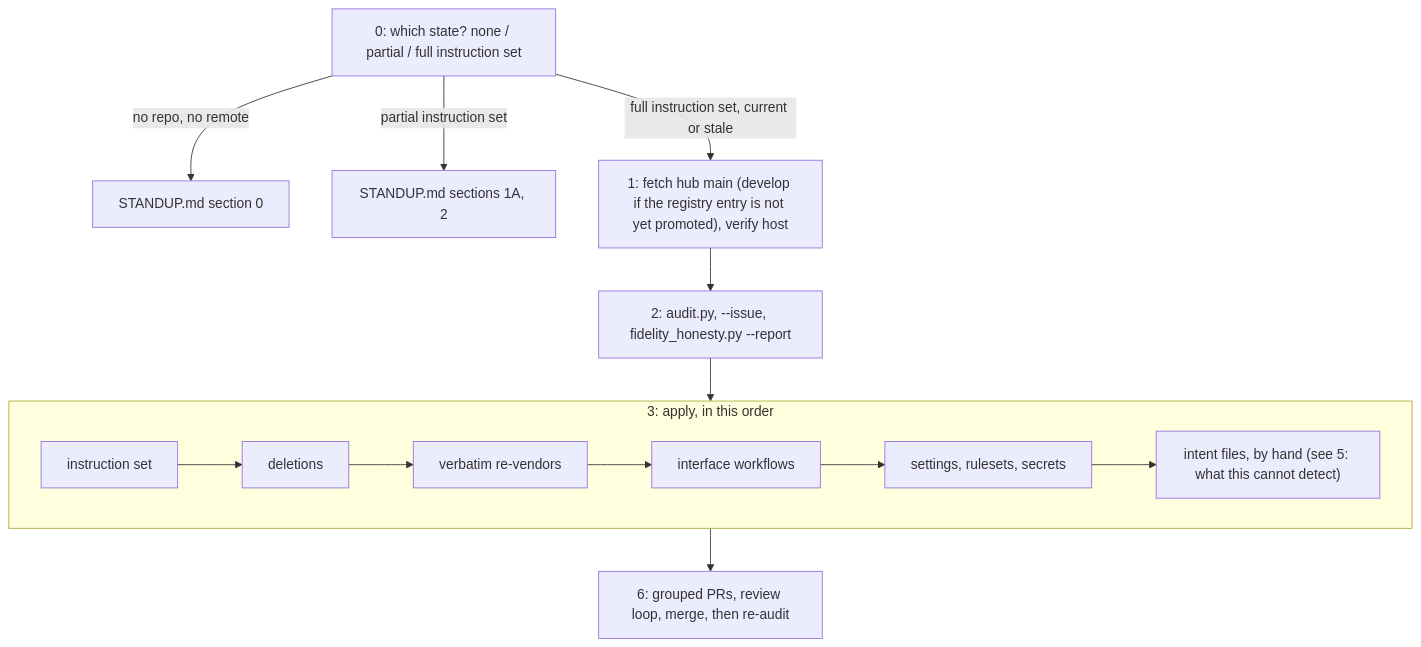
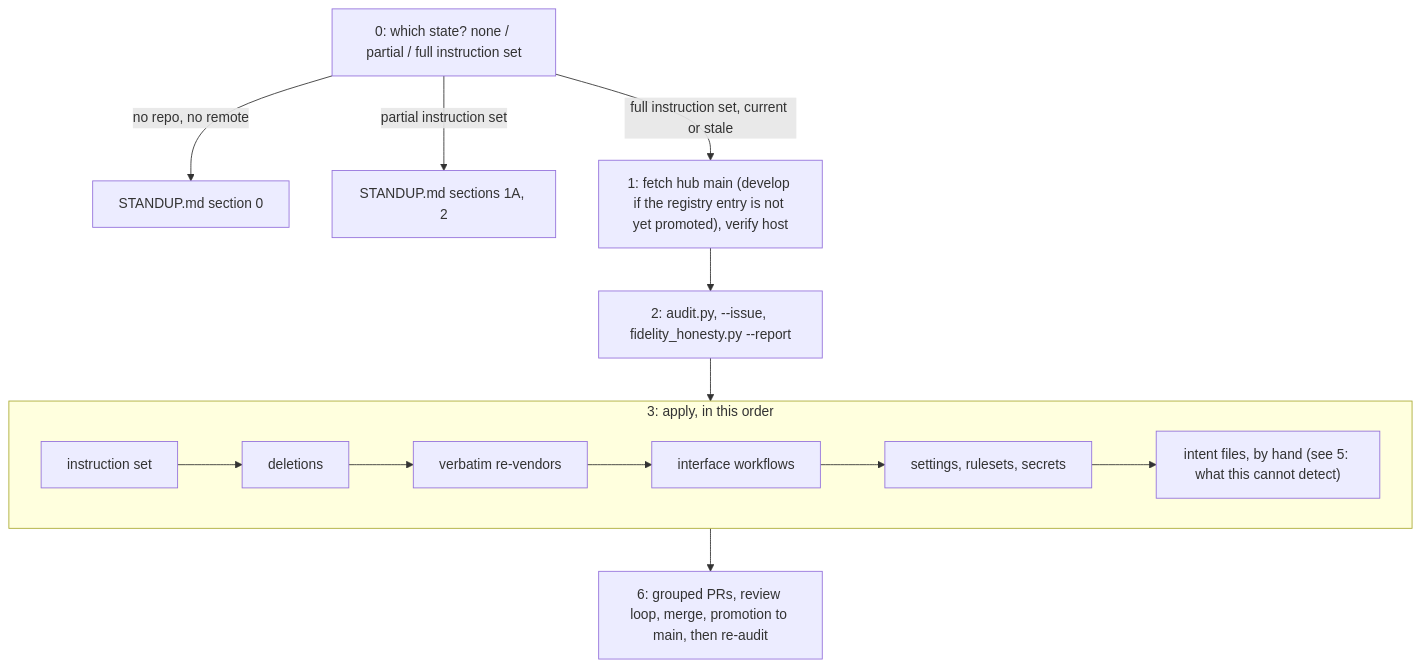
One commit to ptr727/ProjectTemplate changed the first of 2 diagrams in RESYNC.md. Above: the diagram before and after it, drawn with Mermaid. The commit also changed other lines of this file and 9 other files, not shown here.

````diff
--- a/RESYNC.md
+++ b/RESYNC.md
@@ -7,13 +7,13 @@
 ```mermaid
 flowchart TD
   route["0: which state? none / partial / full instruction set"]
   route -->|"no repo, no remote"| toStandup["STANDUP.md section 0"]
   route -->|"partial instruction set"| toStandup2["STANDUP.md sections 1A, 2"]
   route -->|"full instruction set, current or stale"| reach["1: fetch hub main (develop if the registry entry is not yet promoted), verify host"]
   reach --> measure["2: audit.py, --issue, fidelity_honesty.py --report"]
   subgraph apply["3: apply, in this order"]
     instr["instruction set"] --> del["deletions"] --> revendor["verbatim re-vendors"] --> iface["interface workflows"] --> settings["settings, rulesets, secrets"] --> intent["intent files, by hand (see 5: what this cannot detect)"]
   end
   measure --> apply
-  apply --> ship["6: grouped PRs, review loop, merge, then re-audit"]
+  apply --> ship["6: grouped PRs, review loop, merge, promotion to main, then re-audit"]
 ```
````
